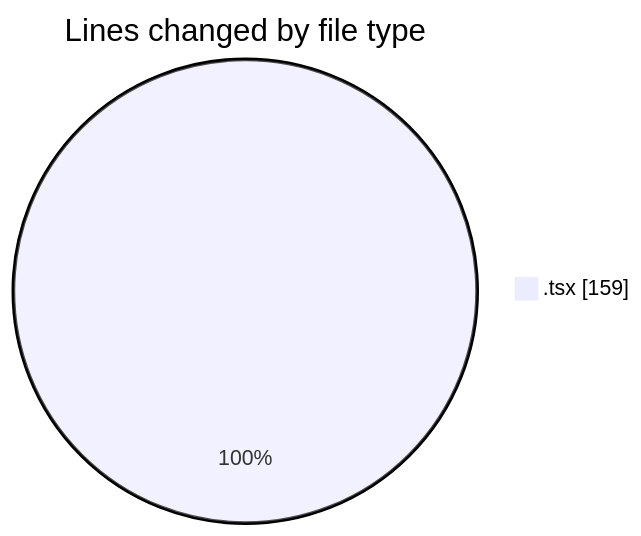
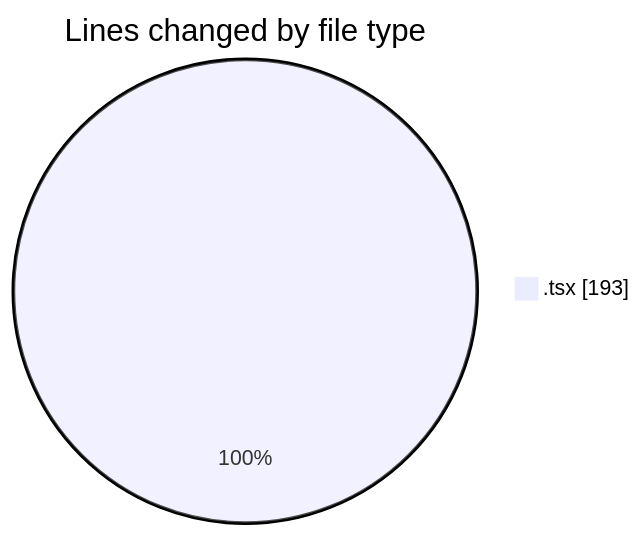
Before and after one commit to robertbonfada/code-tracking: the first of 2 diagrams in 2025-02-04/mbc-web/README.md, drawn with Mermaid. The commit also changed other lines of this file and 1 other file, not shown here.

````diff
--- a/2025-02-04/mbc-web/README.md
+++ b/2025-02-04/mbc-web/README.md
@@ -22,5 +22,5 @@
 ```mermaid
 pie showData
 title Lines changed by file type
-".tsx" : 159
+".tsx" : 193
 ```
````
